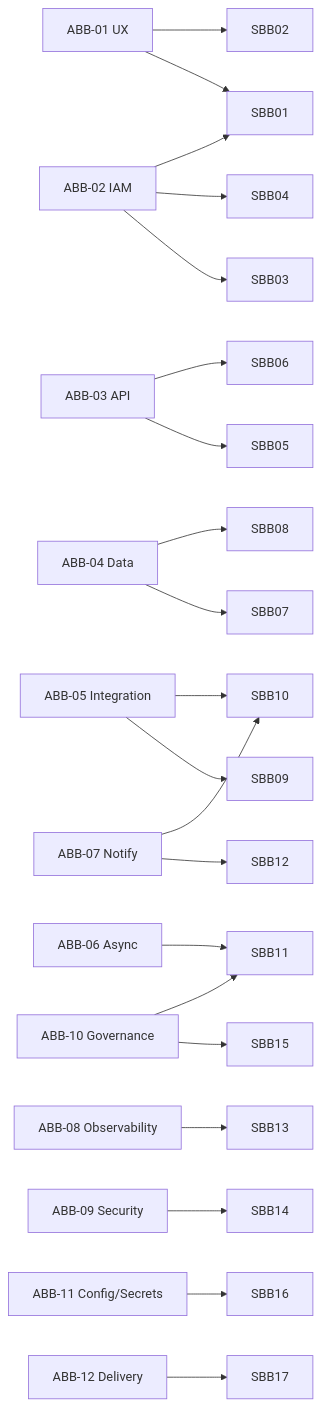
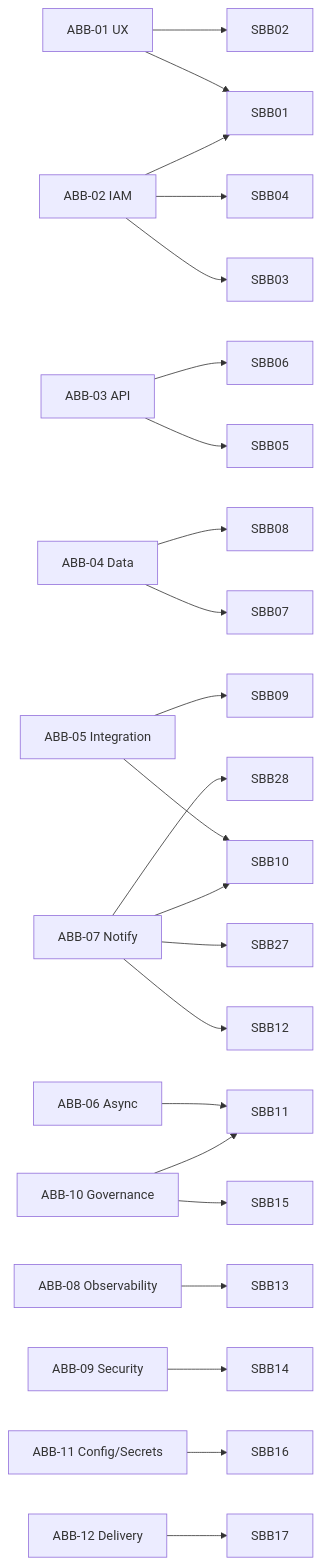
Before and after one commit to nicpozent/ATLASPPM_AdditionalFeatures: the diagram in docs/architecture/building-blocks.md, drawn with Mermaid. The commit also changed other lines of this file and 30 other files, not shown here.

````diff
--- a/docs/architecture/building-blocks.md
+++ b/docs/architecture/building-blocks.md
@@ -59,15 +61,15 @@
 ```mermaid
 flowchart LR
   ABB01["ABB-01 UX"] --> SBB01 & SBB02
   ABB02["ABB-02 IAM"] --> SBB03 & SBB04 & SBB01
   ABB03["ABB-03 API"] --> SBB05 & SBB06
   ABB04["ABB-04 Data"] --> SBB07 & SBB08
   ABB05["ABB-05 Integration"] --> SBB09 & SBB10
   ABB06["ABB-06 Async"] --> SBB11
-  ABB07["ABB-07 Notify"] --> SBB12 & SBB10
+  ABB07["ABB-07 Notify"] --> SBB12 & SBB10 & SBB27 & SBB28
   ABB08["ABB-08 Observability"] --> SBB13
   ABB09["ABB-09 Security"] --> SBB14
   ABB10["ABB-10 Governance"] --> SBB15 & SBB11
   ABB11["ABB-11 Config/Secrets"] --> SBB16
   ABB12["ABB-12 Delivery"] --> SBB17
 ```
````
